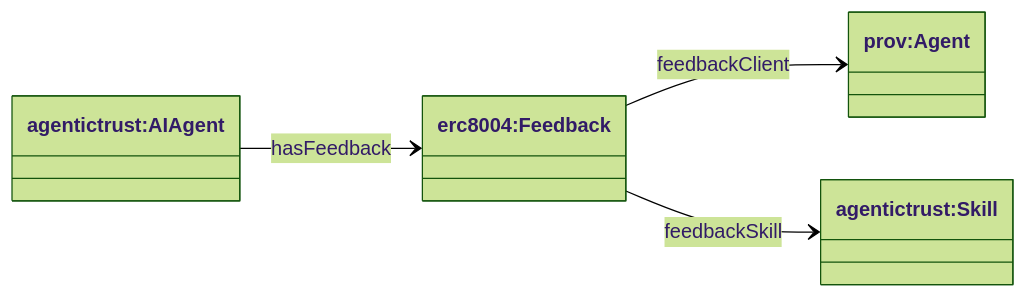
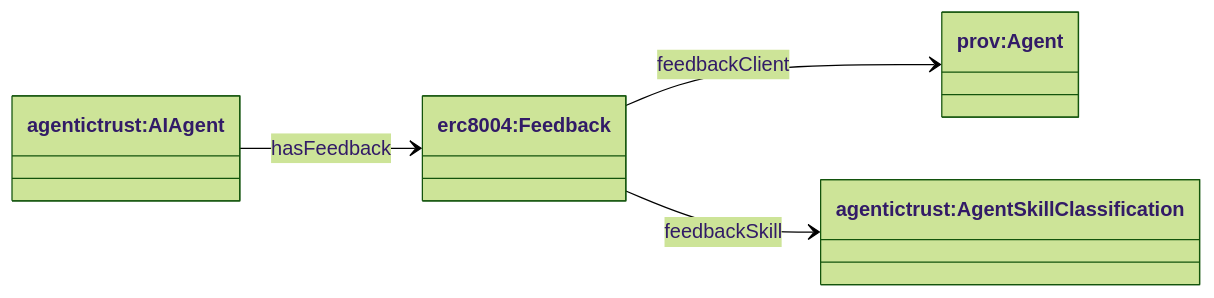
One commit to Agentic-Trust-Layer/agent-explorer changed the eighth of 8 diagrams in docs/ontology/situation.md. Above: the diagram before and after it, drawn with Mermaid (forest theme). The commit also changed 27 other files, not shown here.

````diff
--- a/docs/ontology/situation.md
+++ b/docs/ontology/situation.md
@@ -379,13 +379,13 @@
 ```mermaid
 classDiagram
 direction LR
 
 class AIAgent["agentictrust:AIAgent"]
 class Feedback["erc8004:Feedback"]
 class provAgent["prov:Agent"]
-class Skill["agentictrust:Skill"]
+class Skill["agentictrust:AgentSkillClassification"]
 
 AIAgent --> Feedback : hasFeedback
 Feedback --> provAgent : feedbackClient
 Feedback --> Skill : feedbackSkill
 ```
````
